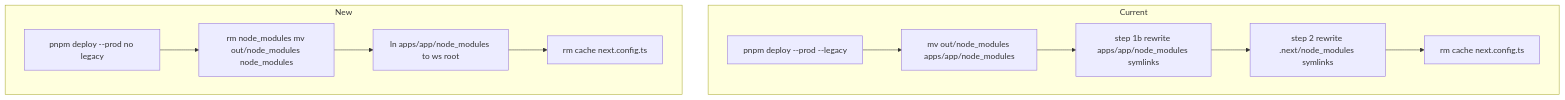
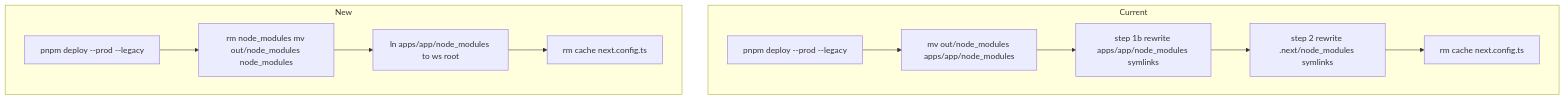
Before and after one commit to growilabs/growi: the second of 4 diagrams in .kiro/specs/optimise-deps-for-prod-with-turbo-prune/design.md, drawn with Mermaid. The commit also changed other lines of this file and 4 other files, not shown here.

````diff
--- a/.kiro/specs/optimise-deps-for-prod-with-turbo-prune/design.md
+++ b/.kiro/specs/optimise-deps-for-prod-with-turbo-prune/design.md
@@ -138,19 +138,19 @@
 ```mermaid
 graph TB
     subgraph Current
         C1[pnpm deploy --prod --legacy]
         C2[mv out/node_modules apps/app/node_modules]
         C3[step 1b rewrite apps/app/node_modules symlinks]
         C4[step 2 rewrite .next/node_modules symlinks]
         C5[rm cache next.config.ts]
         C1 --> C2 --> C3 --> C4 --> C5
     end
 
     subgraph New
-        N1[pnpm deploy --prod no legacy]
+        N1[pnpm deploy --prod --legacy]
         N2[rm node_modules mv out/node_modules node_modules]
         N3[ln apps/app/node_modules to ws root]
         N4[rm cache next.config.ts]
         N1 --> N2 --> N3 --> N4
     end
 ```
````
